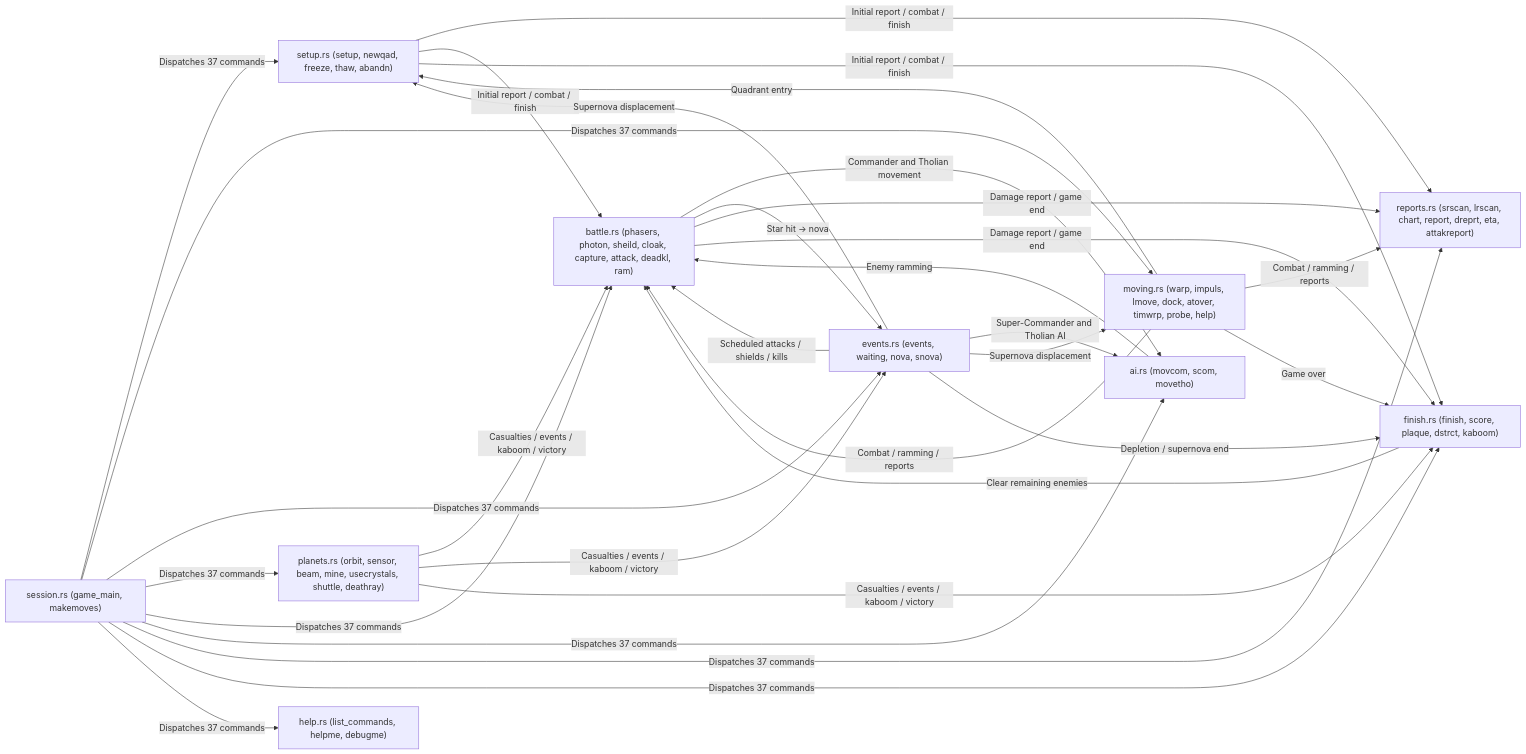
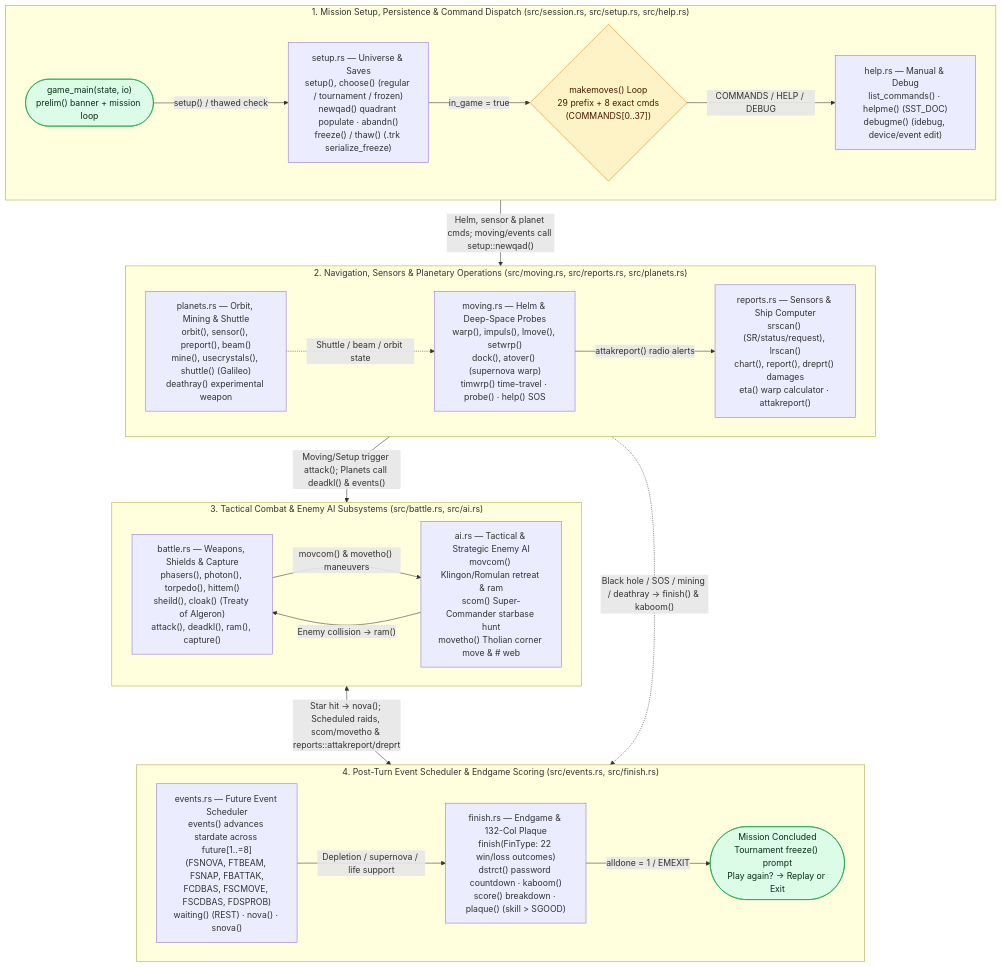
Before and after one commit to nbrandaleone/trek: the second of 5 diagrams in docs/architecture.md, drawn with Mermaid. The commit also changed other lines of this file and 2 other files, not shown here.

Commit message:
improved architecture diagram

````diff
--- a/docs/architecture.md
+++ b/docs/architecture.md
@@ -74,29 +77,53 @@
 ```mermaid
-flowchart LR
-    Session["session.rs (game_main, makemoves)"]
-    Setup["setup.rs (setup, newqad, freeze, thaw, abandn)"]
-    Moving["moving.rs (warp, impuls, lmove, dock, atover, timwrp, probe, help)"]
-    Events["events.rs (events, waiting, nova, snova)"]
-    Planets["planets.rs (orbit, sensor, beam, mine, usecrystals, shuttle, deathray)"]
-    Battle["battle.rs (phasers, photon, sheild, cloak, capture, attack, deadkl, ram)"]
-    Ai["ai.rs (movcom, scom, movetho)"]
-    Reports["reports.rs (srscan, lrscan, chart, report, dreprt, eta, attakreport)"]
-    Finish["finish.rs (finish, score, plaque, dstrct, kaboom)"]
-    Help["help.rs (list_commands, helpme, debugme)"]
+flowchart TB
+    subgraph Boot["1․ Mission Setup, Persistence &amp; Command Dispatch (src/session.rs, src/setup.rs, src/help.rs)"]
+        direction LR
+        StartGame(["game_main(state, io)<br/>prelim() banner + mission loop"])
+        SetupMod["setup.rs — Universe &amp; Saves<br/>setup(), choose() (regular / tournament / frozen)<br/>newqad() quadrant populate · abandn()<br/>freeze() / thaw() (.trk serialize_freeze)"]
+        CmdHub{"makemoves() Loop<br/>29 prefix + 8 exact cmds<br/>(COMMANDS[0..37])"}
+        HelpMod["help.rs — Manual &amp; Debug<br/>list_commands() · helpme() (SST_DOC)<br/>debugme() (idebug, device/event edit)"]
 
-    Session -->|"Dispatches 37 commands"| Setup & Moving & Events & Planets & Battle & Ai & Reports & Finish & Help
-    Setup -->|"Initial report / combat / finish"| Reports & Battle & Finish
-    Moving -->|"Quadrant entry"| Setup
-    Moving -->|"Combat / ramming / reports"| Battle & Reports
-    Moving -->|"Game over"| Finish
-    Events -->|"Super-Commander and Tholian AI"| Ai
-    Events -->|"Scheduled attacks / shields / kills"| Battle
-    Events -->|"Supernova displacement"| Moving & Setup
-    Events -->|"Depletion / supernova end"| Finish
-    Planets -->|"Casualties / events / kaboom / victory"| Battle & Events & Finish
-    Battle -->|"Commander and Tholian movement"| Ai
-    Battle -->|"Star hit -> nova"| Events
-    Battle -->|"Damage report / game end"| Reports & Finish
-    Ai -->|"Enemy ramming"| Battle
-    Finish -->|"Clear remaining enemies"| Battle
+        StartGame -->|"setup() / thawed check"| SetupMod
+        SetupMod -->|"in_game = true"| CmdHub
+        CmdHub -->|"COMMANDS / HELP / DEBUG"| HelpMod
+    end
+
+    subgraph NavOps["2․ Navigation, Sensors &amp; Planetary Operations (src/moving.rs, src/reports.rs, src/planets.rs)"]
+        direction LR
+        MovingMod["moving.rs — Helm &amp; Deep-Space Probes<br/>warp(), impuls(), lmove(), setwrp()<br/>dock(), atover() (supernova warp)<br/>timwrp() time-travel · probe() · help() SOS"]
+        ReportsMod["reports.rs — Sensors &amp; Ship Computer<br/>srscan() (SR/status/request), lrscan()<br/>chart(), report(), dreprt() damages<br/>eta() warp calculator · attakreport()"]
+        PlanetsMod["planets.rs — Orbit, Mining &amp; Shuttle<br/>orbit(), sensor(), preport(), beam()<br/>mine(), usecrystals(), shuttle() (Galileo)<br/>deathray() experimental weapon"]
+
+        MovingMod -->|"attakreport() radio alerts"| ReportsMod
+        PlanetsMod -.->|"Shuttle / beam / orbit state"| MovingMod
+    end
+
+    subgraph CombatAI["3․ Tactical Combat &amp; Enemy AI Subsystems (src/battle.rs, src/ai.rs)"]
+        direction LR
+        BattleMod["battle.rs — Weapons, Shields &amp; Capture<br/>phasers(), photon(), torpedo(), hittem()<br/>sheild(), cloak() (Treaty of Algeron)<br/>attack(), deadkl(), ram(), capture()"]
+        AiMod["ai.rs — Tactical &amp; Strategic Enemy AI<br/>movcom() Klingon/Romulan retreat &amp; ram<br/>scom() Super-Commander starbase hunt<br/>movetho() Tholian corner move &amp; # web"]
+
+        BattleMod -->|"movcom() &amp; movetho() maneuvers"| AiMod
+        AiMod -->|"Enemy collision -&gt; ram()"| BattleMod
+    end
+
+    subgraph PostEnd["4․ Post-Turn Event Scheduler &amp; Endgame Scoring (src/events.rs, src/finish.rs)"]
+        direction LR
+        EventsMod["events.rs — Future Event Scheduler<br/>events() advances stardate across future[1..=8]<br/>(FSNOVA, FTBEAM, FSNAP, FBATTAK,<br/>FCDBAS, FSCMOVE, FSCDBAS, FDSPROB)<br/>waiting() (REST) · nova() · snova()"]
+        FinishMod["finish.rs — Endgame &amp; 132-Col Plaque<br/>finish(FinType: 22 win/loss outcomes)<br/>dstrct() password countdown · kaboom()<br/>score() breakdown · plaque() (skill &gt; SGOOD)"]
+        ExitLoop(["Mission Concluded<br/>Tournament freeze() prompt<br/>Play again? -&gt; Replay or Exit"])
+
+        EventsMod -->|"Depletion / supernova / life support"| FinishMod
+        FinishMod -->|"alldone = 1 / EMEXIT"| ExitLoop
+    end
+
+    Boot -->|"Helm, sensor &amp; planet cmds; moving/events call setup::newqad()"| NavOps
+    NavOps -->|"Moving/Setup trigger attack(); Planets call deadkl() &amp; events()"| CombatAI
+    CombatAI <-->|"Star hit -&gt; nova(); Scheduled raids, scom/movetho &amp; reports::attakreport/dreprt"| PostEnd
+    NavOps -.->|"Black hole / SOS / mining / deathray -&gt; finish() &amp; kaboom()"| PostEnd
+
+    classDef pill fill:#dcfce7,stroke:#16a34a,color:#052e16;
+    classDef hub fill:#fef3c7,stroke:#d97706,color:#451a03;
+    class StartGame,ExitLoop pill;
+    class CmdHub hub;
 ```
````
